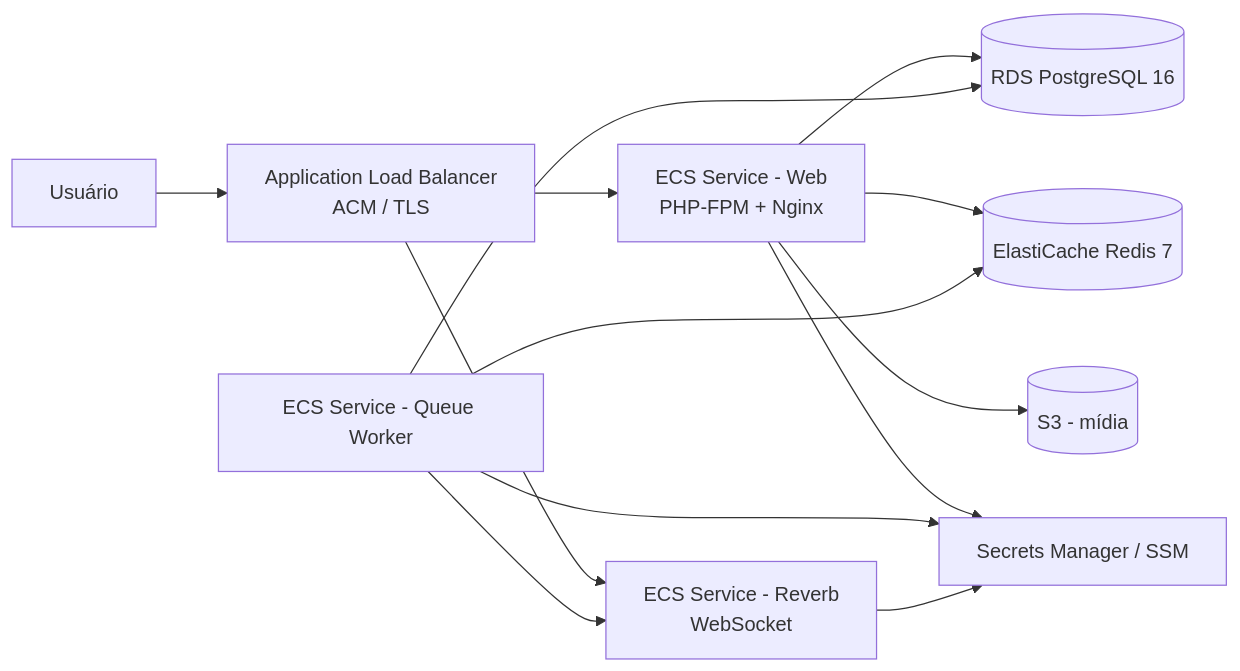
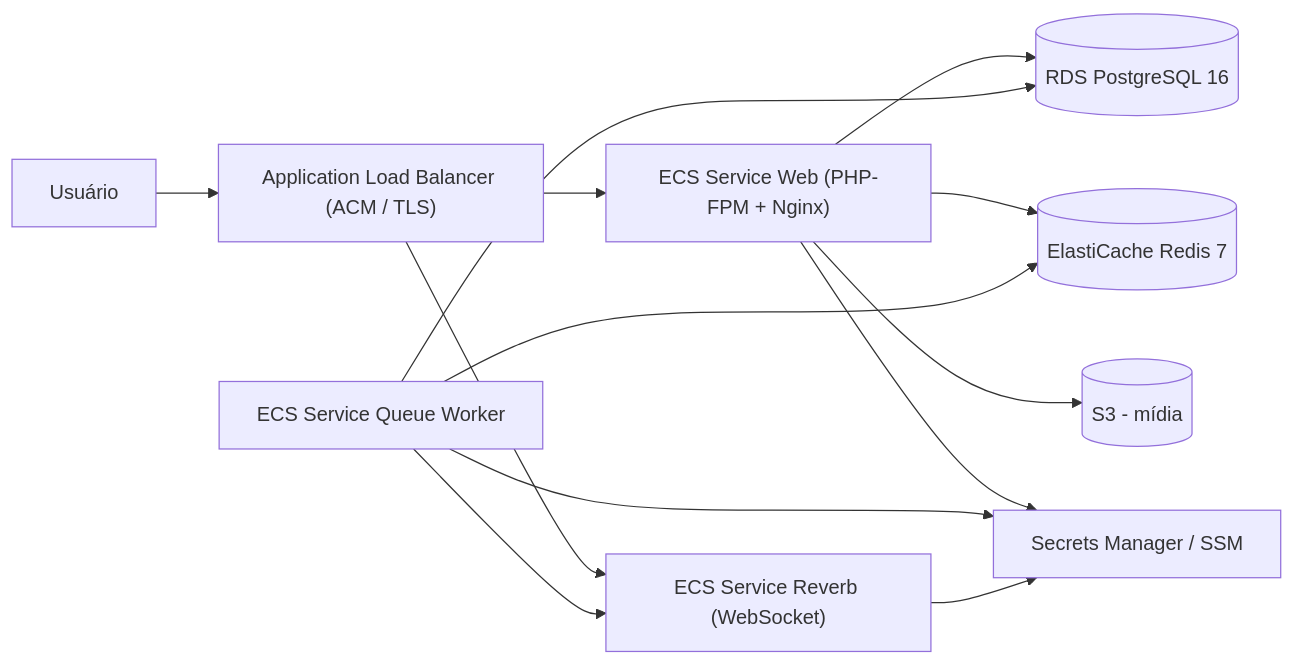
Before and after one commit to DanielVavgenczak/app-aiava: the second of 2 diagrams in README.md, drawn with Mermaid. The commit also changed other lines of this file, not shown here.

Commit message:
docs: corrige diagramas Mermaid do README [skip ci]

````diff
--- a/README.md
+++ b/README.md
@@ -511,15 +508,25 @@
 ```mermaid
 flowchart LR
-    User[Usuário] --> ALB[Application Load Balancer<br/>ACM / TLS]
-    ALB --> Web[ECS Service - Web<br/>PHP-FPM + Nginx]
-    ALB --> Reverb[ECS Service - Reverb<br/>WebSocket]
-    Web --> RDS[(RDS PostgreSQL 16)]
-    Web --> Redis[(ElastiCache Redis 7)]
-    Web --> S3[(S3 - mídia)]
-    Queue[ECS Service - Queue Worker] --> RDS
+    User["Usuário"]
+    ALB["Application Load Balancer (ACM / TLS)"]
+    Web["ECS Service Web (PHP-FPM + Nginx)"]
+    Reverb["ECS Service Reverb (WebSocket)"]
+    Queue["ECS Service Queue Worker"]
+    RDS[("RDS PostgreSQL 16")]
+    Redis[("ElastiCache Redis 7")]
+    S3[("S3 - mídia")]
+    Secrets["Secrets Manager / SSM"]
+
+    User --> ALB
+    ALB --> Web
+    ALB --> Reverb
+    Web --> RDS
+    Web --> Redis
+    Web --> S3
+    Queue --> RDS
     Queue --> Redis
     Queue --> Reverb
-    Web --> Secrets[Secrets Manager / SSM]
+    Web --> Secrets
     Queue --> Secrets
     Reverb --> Secrets
 ```
````
